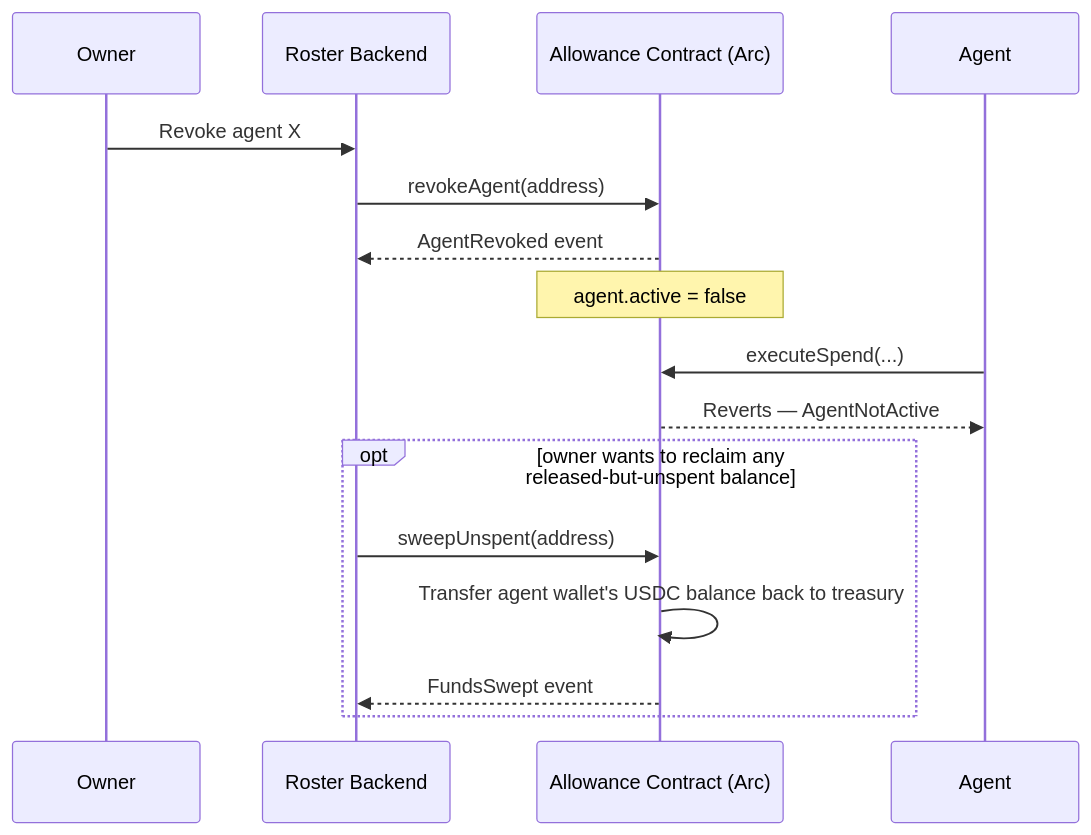
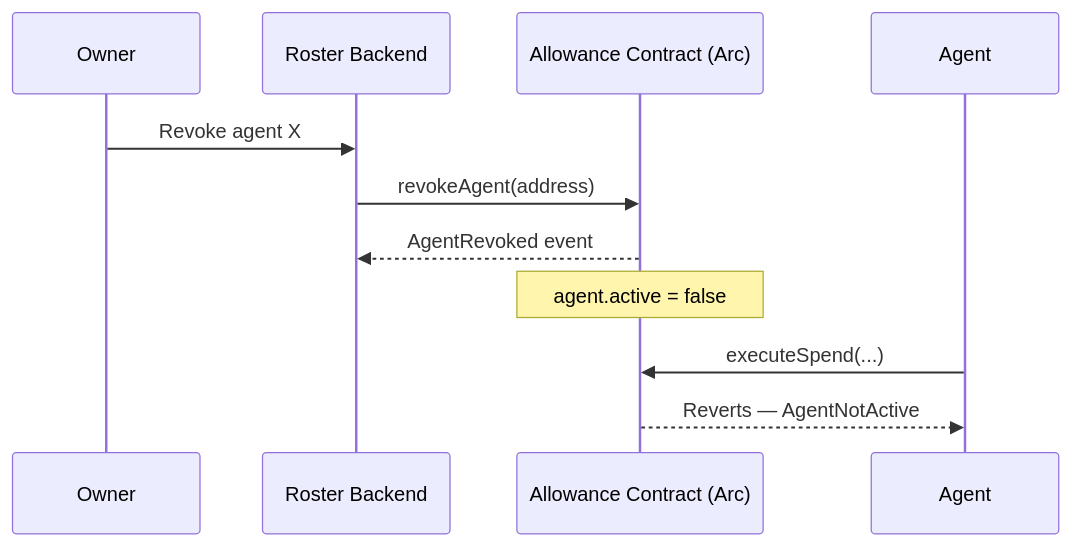
Before and after one commit to aiagentdev-1990/bursar: the fifth of 7 diagrams in docs/TECH-DESIGN.md, drawn with Mermaid. The commit also changed other lines of this file and 14 other files, not shown here.

````diff
--- a/docs/TECH-DESIGN.md
+++ b/docs/TECH-DESIGN.md
@@ -179,20 +179,14 @@
 ```mermaid
 sequenceDiagram
     participant Owner
     participant Backend as Roster Backend
     participant Contract as Allowance Contract (Arc)
     participant Agent
 
     Owner->>Backend: Revoke agent X
     Backend->>Contract: revokeAgent(address)
     Contract-->>Backend: AgentRevoked event
     Note over Contract: agent.active = false
     Agent->>Contract: executeSpend(...)
     Contract-->>Agent: Reverts — AgentNotActive
-
-    opt owner wants to reclaim any released-but-unspent balance
-        Backend->>Contract: sweepUnspent(address)
-        Contract->>Contract: Transfer agent wallet's USDC balance back to treasury
-        Contract-->>Backend: FundsSwept event
-    end
 ```
````
